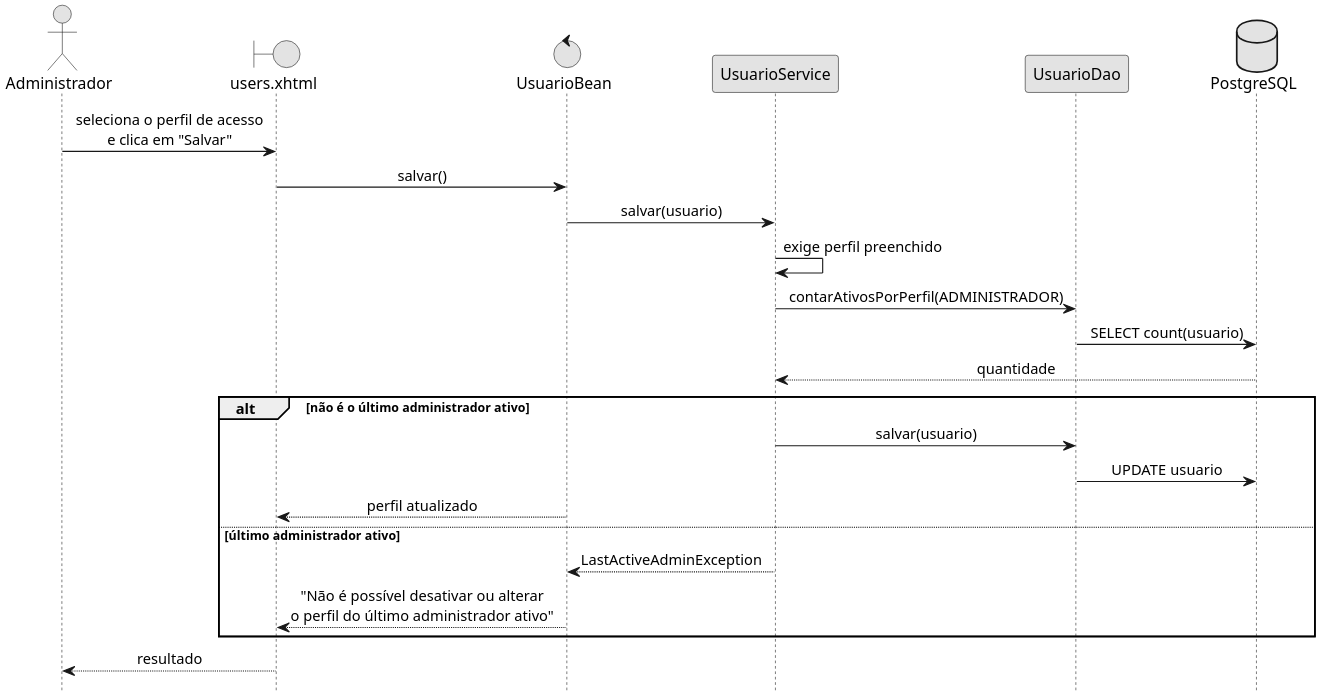
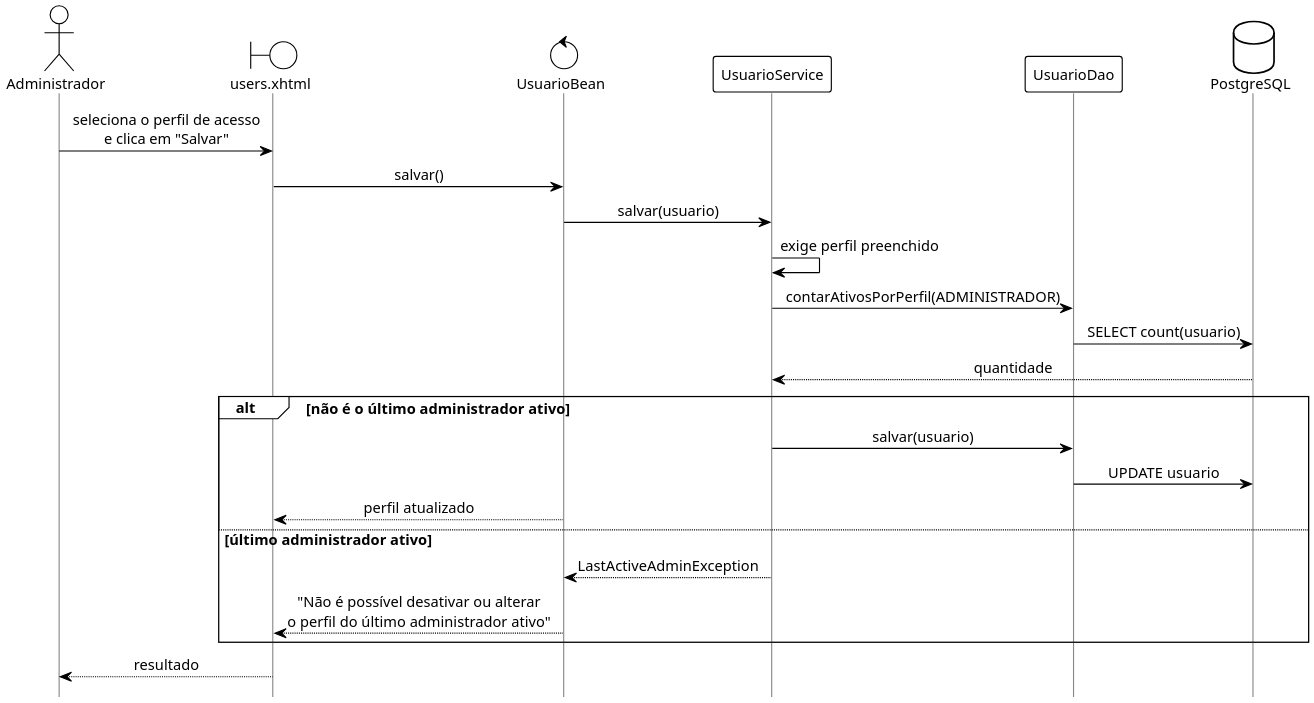
The diagram in docs/sequencia/perfil.puml (fe-fe/pid-hc), drawn with PlantUML before and after one commit. The commit also changed 47 other files, not shown here.

Commit message:
docs: tema limpo nos diagramas plantuml

```diff
--- a/docs/sequencia/perfil.puml
+++ b/docs/sequencia/perfil.puml
@@ -1,31 +1,36 @@
 @startuml
-skinparam monochrome true
+!theme plain
+skinparam defaultFontName Helvetica
+skinparam defaultFontSize 13
+skinparam participantBackgroundColor white
+skinparam ArrowColor black
+skinparam SequenceLifeLineBorderColor #888888
 skinparam shadowing false
 skinparam dpi 200
 skinparam sequenceMessageAlign center
 hide footbox
 
 actor "Administrador" as U
 boundary "users.xhtml" as V
 control "UsuarioBean" as B
 participant "UsuarioService" as S
 participant "UsuarioDao" as DAO
 database "PostgreSQL" as DB
 
 U -> V : seleciona o perfil de acesso\ne clica em "Salvar"
 V -> B : salvar()
 B -> S : salvar(usuario)
 S -> S : exige perfil preenchido
 S -> DAO : contarAtivosPorPerfil(ADMINISTRADOR)
 DAO -> DB : SELECT count(usuario)
 DB --> S : quantidade
 alt não é o último administrador ativo
   S -> DAO : salvar(usuario)
   DAO -> DB : UPDATE usuario
   B --> V : perfil atualizado
 else último administrador ativo
   S --> B : LastActiveAdminException
   B --> V : "Não é possível desativar ou alterar\no perfil do último administrador ativo"
 end
 V --> U : resultado
 @enduml
```
